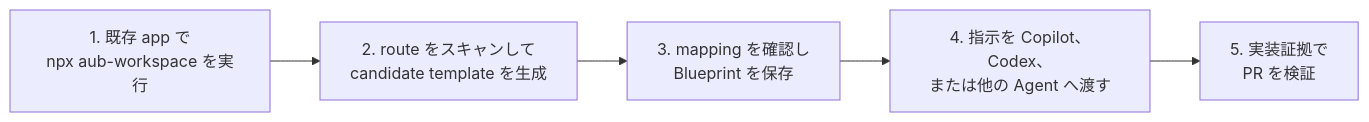
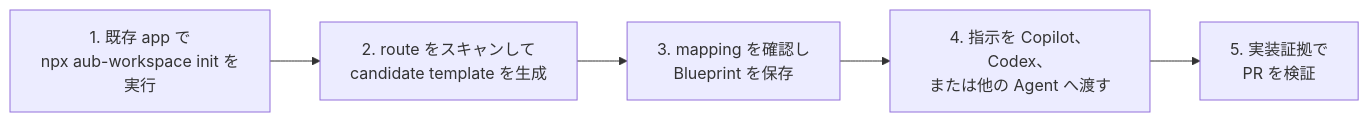
Before and after one commit to HenryLau1103/AUB: the diagram in README.ja.md, drawn with Mermaid. The commit also changed other lines of this file and 52 other files, not shown here.

````diff
--- a/README.ja.md
+++ b/README.ja.md
@@ -26,7 +26,7 @@
 ```mermaid
 flowchart LR
-  A["1. 既存 app で<br/>npx aub-workspace を実行"] --> B["2. route をスキャンして<br/>candidate template を生成"]
+  A["1. 既存 app で<br/>npx aub-workspace init を実行"] --> B["2. route をスキャンして<br/>candidate template を生成"]
   B --> C["3. mapping を確認し<br/>Blueprint を保存"]
   C --> D["4. 指示を Copilot、Codex、<br/>または他の Agent へ渡す"]
   D --> E["5. 実装証拠で<br/>PR を検証"]
 ```
````
